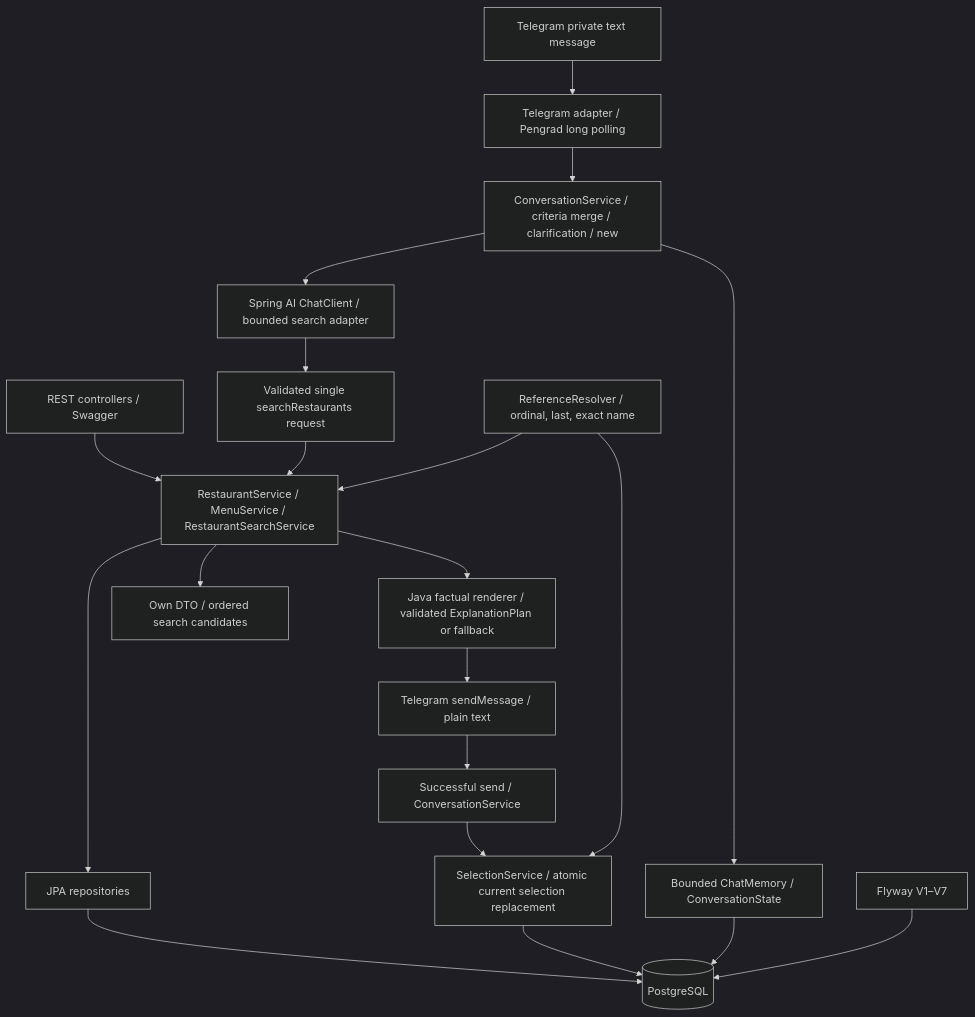
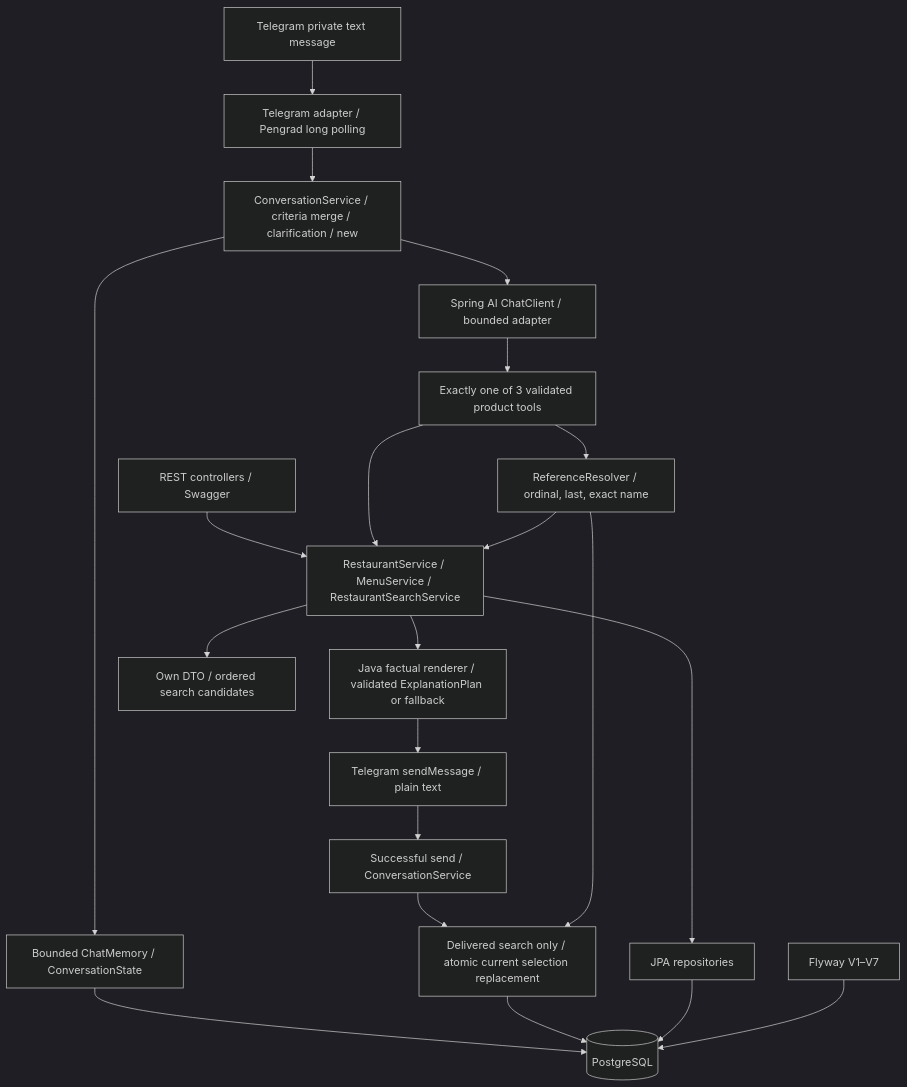
One commit to ilyakutarba-source/minsk-restaurant-ai-bot changed the diagram in docs/ARCHITECTURE.md. Above: the diagram before and after it, drawn with Mermaid (dark theme). The commit also changed other lines of this file and 18 other files, not shown here.

````diff
--- a/docs/ARCHITECTURE.md
+++ b/docs/ARCHITECTURE.md
@@ -9,22 +9,23 @@
 ```mermaid
 flowchart TD
     TELEGRAM[Telegram private text message] --> TRANSPORT[Telegram adapter / Pengrad long polling]
     TRANSPORT --> CONVERSATION[ConversationService / criteria merge / clarification / new]
     CONVERSATION --> MEMORY[Bounded ChatMemory / ConversationState]
     MEMORY --> PG
     CONVERSATION --> AI
     REST[REST controllers / Swagger] --> SERVICES[RestaurantService / MenuService / RestaurantSearchService]
-    AI[Spring AI ChatClient / bounded search adapter] --> TOOL[Validated single searchRestaurants request]
+    AI[Spring AI ChatClient / bounded adapter] --> TOOL[Exactly one of 3 validated product tools]
     TOOL --> SERVICES
+    TOOL --> REFERENCE
     SERVICES --> CARDS[Java factual renderer / validated ExplanationPlan or fallback]
     CARDS --> SEND[Telegram sendMessage / plain text]
     SEND --> DELIVERED[Successful send / ConversationService]
-    DELIVERED --> SELECTION[SelectionService / atomic current selection replacement]
+    DELIVERED --> SELECTION[Delivered search only / atomic current selection replacement]
     SELECTION --> PG
     REFERENCE[ReferenceResolver / ordinal, last, exact name] --> SELECTION
     REFERENCE --> SERVICES
     SERVICES --> DTO[Own DTO / ordered search candidates]
     SERVICES --> JPA[JPA repositories]
     JPA --> PG[(PostgreSQL)]
     FLYWAY[Flyway V1–V7] --> PG
 ```
````
